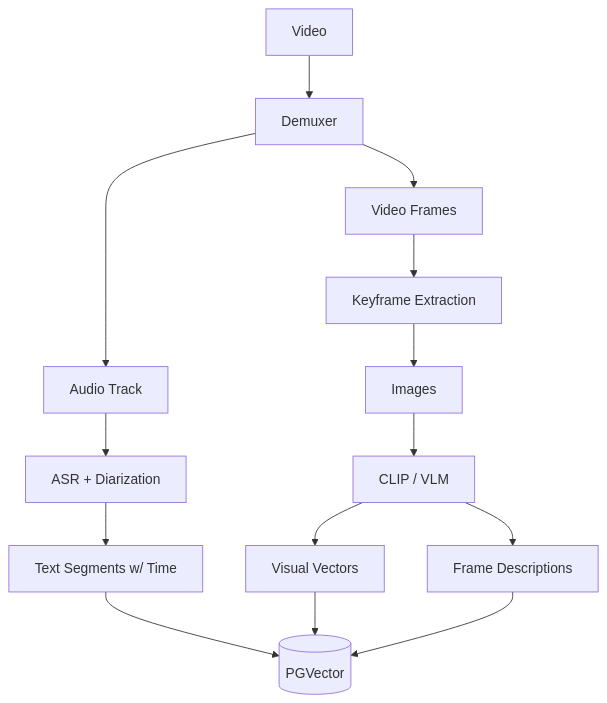
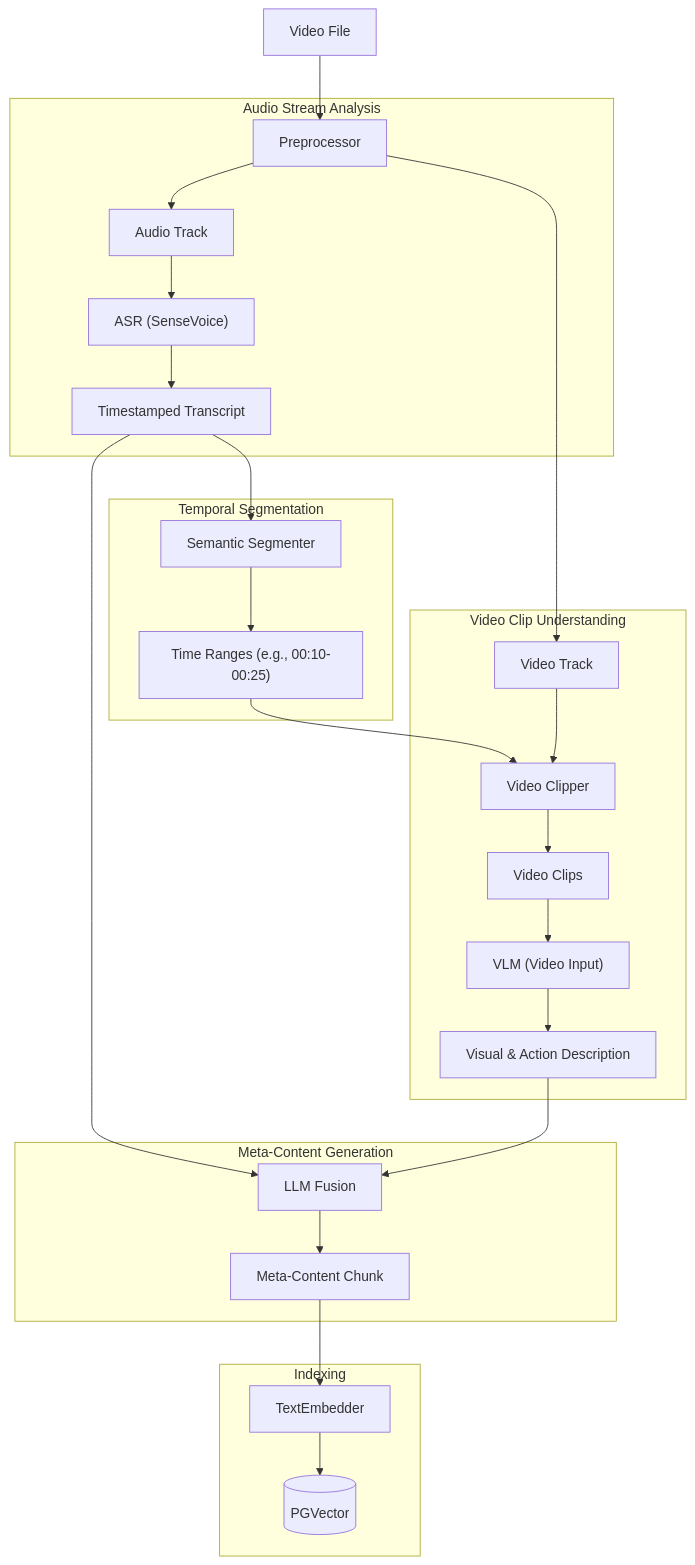
The diagram in docs/rag/video/spec.md (otoTree/AgentOS), drawn with Mermaid before and after one commit. The commit also changed other lines of this file and 9 other files, not shown here.

````diff
--- a/docs/rag/video/spec.md
+++ b/docs/rag/video/spec.md
@@ -9,22 +19,36 @@
 ```mermaid
 graph TD
-    Input[Video] --> Demuxer
+    Input[Video File] --> Preprocessor
     
-    Demuxer --> AudioTrack[Audio Track]
-    Demuxer --> VisualTrack[Video Frames]
+    subgraph Audio_Processing [Audio Stream Analysis]
+        Preprocessor --> AudioTrack[Audio Track]
+        AudioTrack --> ASR["ASR (SenseVoice)"]
+        ASR --> Transcript["Timestamped Transcript"]
+    end
     
-    %% Audio Pipeline
-    AudioTrack --> AudioProcessor["ASR + Diarization"]
-    AudioProcessor --> AudioSegments["Text Segments w/ Time"]
-    AudioSegments --> VectorDB
+    subgraph Segmentation [Temporal Segmentation]
+        Transcript --> Segmenter[Semantic Segmenter]
+        Segmenter --> TimeRanges["Time Ranges (e.g., 00:10-00:25)"]
+    end
     
-    %% Visual Pipeline
-    VisualTrack --> KeyframeExtractor[Keyframe Extraction]
-    KeyframeExtractor --> Keyframes[Images]
-    Keyframes --> VisionModel["CLIP / VLM"]
-    VisionModel --> VisualEmbeddings[Visual Vectors]
-    VisionModel --> FrameCaptions[Frame Descriptions]
+    subgraph Visual_Processing [Video Clip Understanding]
+        Preprocessor --> VideoTrack[Video Track]
+        TimeRanges --> Clipper[Video Clipper]
+        VideoTrack --> Clipper
+        Clipper --> VideoClips[Video Clips]
+        
+        VideoClips --> VLM["VLM (Video Input)"]
+        VLM --> VisualDesc[Visual & Action Description]
+    end
     
-    VisualEmbeddings --> VectorDB
-    FrameCaptions --> VectorDB[(PGVector)]
+    subgraph Fusion [Meta-Content Generation]
+        Transcript --> FusionLLM[LLM Fusion]
+        VisualDesc --> FusionLLM
+        FusionLLM --> MetaContent[Meta-Content Chunk]
+    end
+    
+    subgraph Indexing [Indexing]
+        MetaContent --> TextEmbedder
+        TextEmbedder --> VectorDB[(PGVector)]
+    end
 ```
````
